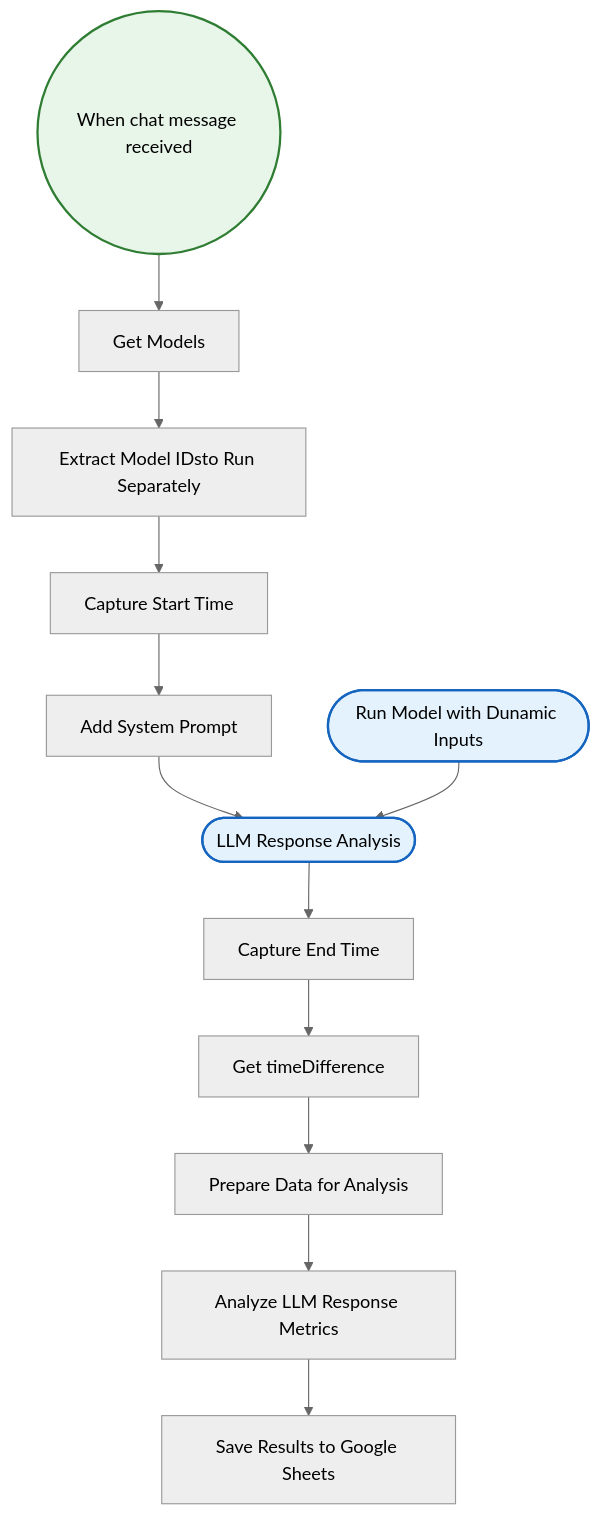
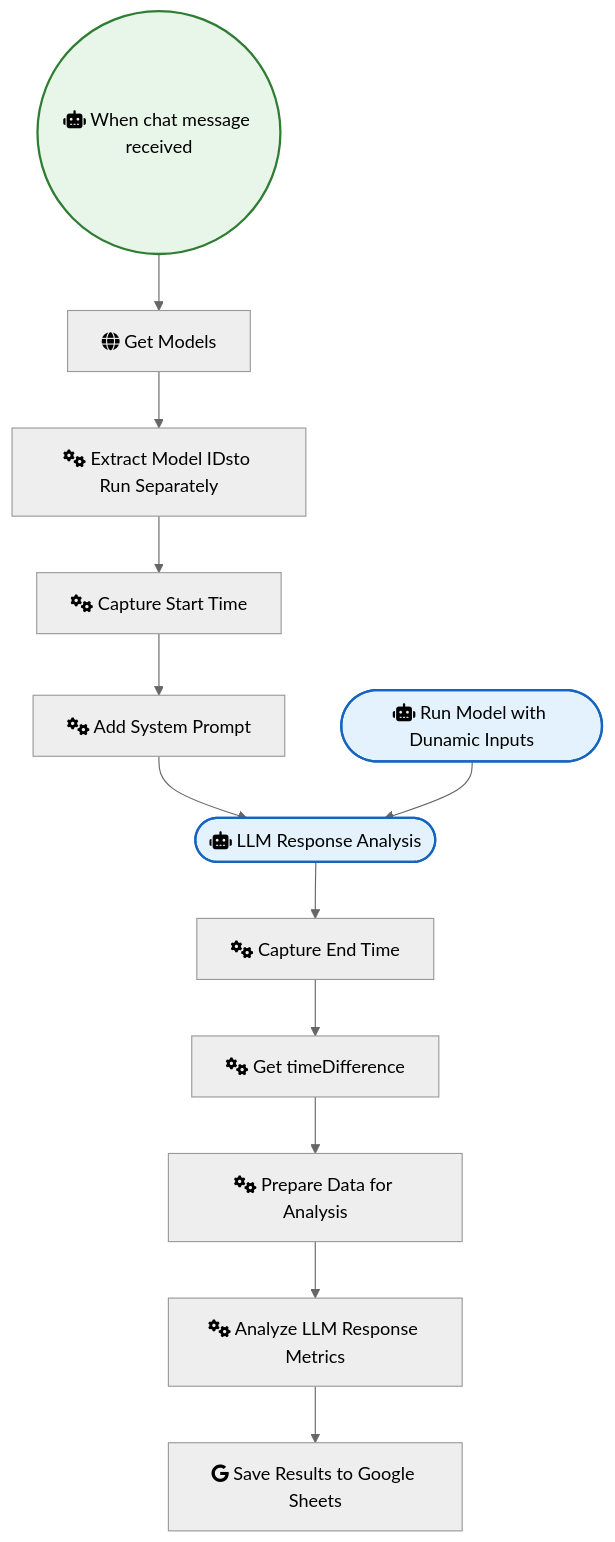
One commit to sreyash3105/N8N-DEMO-AUTOMATIONS changed the diagram in OpenAI_and_LLMs/Testing Mulitple Local Llm with Lm Studio.md. Above: the diagram before and after it, drawn with Mermaid (neutral theme). The commit also changed 291 other files, not shown here.

````diff
--- a/OpenAI_and_LLMs/Testing Mulitple Local Llm with Lm Studio.md
+++ b/OpenAI_and_LLMs/Testing Mulitple Local Llm with Lm Studio.md
@@ -1,31 +1,31 @@
 ```mermaid
 graph TD
     classDef trigger fill:#e8f5e9,stroke:#2e7d32,stroke-width:2px;
     classDef ai fill:#e3f2fd,stroke:#1565c0,stroke-width:2px;
     classDef logic fill:#fff3e0,stroke:#ef6c00,stroke-width:2px;
 
-    Get_Models["Get Models"]
-    When_chat_message_received(("When chat message received")):::trigger
-    Get_timeDifference["Get timeDifference"]
-    Run_Model_with_Dunamic_Inputs(["Run Model with Dunamic Inputs"]):::ai
-    Analyze_LLM_Response_Metrics["Analyze LLM Response Metrics"]
-    Save_Results_to_Google_Sheets["Save Results to Google Sheets"]
-    Capture_End_Time["Capture End Time"]
-    Capture_Start_Time["Capture Start Time"]
-    Prepare_Data_for_Analysis["Prepare Data for Analysis"]
-    Extract_Model_IDsto_Run_Separately["Extract Model IDsto Run Separately"]
-    Add_System_Prompt["Add System Prompt"]
-    LLM_Response_Analysis(["LLM Response Analysis"]):::ai
+    Get_Models["fas:fa-globe Get Models"]
+    When_chat_message_received(("fas:fa-robot When chat message received")):::trigger
+    Get_timeDifference["fas:fa-cogs Get timeDifference"]
+    Run_Model_with_Dunamic_Inputs(["fas:fa-robot Run Model with Dunamic Inputs"]):::ai
+    Analyze_LLM_Response_Metrics["fas:fa-cogs Analyze LLM Response Metrics"]
+    Save_Results_to_Google_Sheets["fab:fa-google Save Results to Google Sheets"]
+    Capture_End_Time["fas:fa-cogs Capture End Time"]
+    Capture_Start_Time["fas:fa-cogs Capture Start Time"]
+    Prepare_Data_for_Analysis["fas:fa-cogs Prepare Data for Analysis"]
+    Extract_Model_IDsto_Run_Separately["fas:fa-cogs Extract Model IDsto Run Separately"]
+    Add_System_Prompt["fas:fa-cogs Add System Prompt"]
+    LLM_Response_Analysis(["fas:fa-robot LLM Response Analysis"]):::ai
 
     Get_Models --> Extract_Model_IDsto_Run_Separately
     Capture_End_Time --> Get_timeDifference
     Add_System_Prompt --> LLM_Response_Analysis
     Capture_Start_Time --> Add_System_Prompt
     Get_timeDifference --> Prepare_Data_for_Analysis
     LLM_Response_Analysis --> Capture_End_Time
     Prepare_Data_for_Analysis --> Analyze_LLM_Response_Metrics
     When_chat_message_received --> Get_Models
     Analyze_LLM_Response_Metrics --> Save_Results_to_Google_Sheets
     Run_Model_with_Dunamic_Inputs --> LLM_Response_Analysis
     Extract_Model_IDsto_Run_Separately --> Capture_Start_Time
 ```
````
